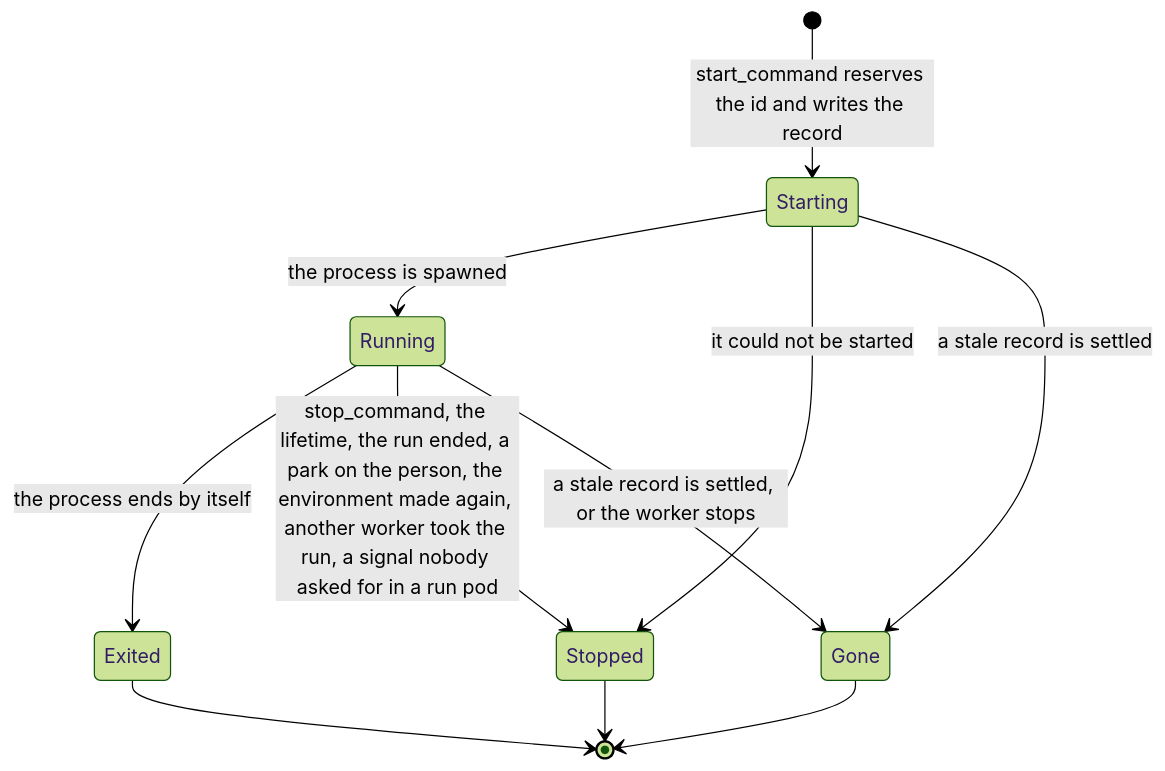
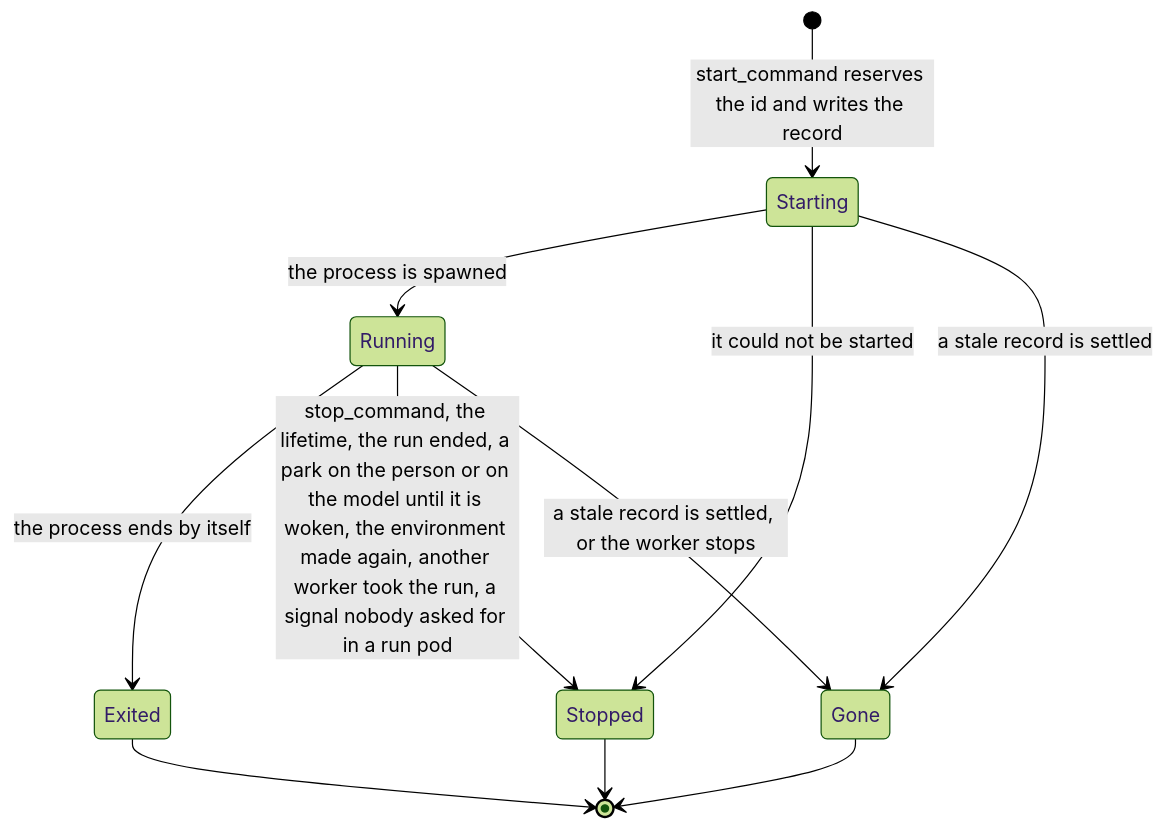
The fourth of 7 diagrams in docs/reference/coder-agent.md (vymalo/another-adam-rs), drawn with Mermaid (forest theme) before and after one commit. The commit also changed other lines of this file and 2 other files, not shown here.

Commit message:
docs(adam-coder): name the until-woken park where commands stop
Review fixes for #319:
- docs/reference/coder-agent.md (the page bin/adam-coder/README.md points
  to) gains the until-woken model park in the Running --> Stopped
  transition and in the 'A command stops on' table, with ADR 0067.
- the pure table pins the child case to the exact reason (the reachable
  child is a session's round, not a local subagent, which the loop fails).
- the parity row distinguishes a local subagent (fails) from a session
  round (parks as its own task and stops the root's commands).

CLAIM [S-4G7Y]
opencode agent S-4G7Y

````diff
--- a/docs/reference/coder-agent.md
+++ b/docs/reference/coder-agent.md
@@ -311,13 +311,13 @@
 ```mermaid
 stateDiagram-v2
     [*] --> Starting: start_command reserves the id and writes the record
     Starting --> Running: the process is spawned
     Starting --> Stopped: it could not be started
     Starting --> Gone: a stale record is settled
     Running --> Exited: the process ends by itself
-    Running --> Stopped: stop_command, the lifetime, the run ended, a park on the person, the environment made again, another worker took the run, a signal nobody asked for in a run pod
+    Running --> Stopped: stop_command, the lifetime, the run ended, a park on the person or on the model until it is woken, the environment made again, another worker took the run, a signal nobody asked for in a run pod
     Running --> Gone: a stale record is settled, or the worker stops
     Exited --> [*]
     Stopped --> [*]
     Gone --> [*]
 ```
````
